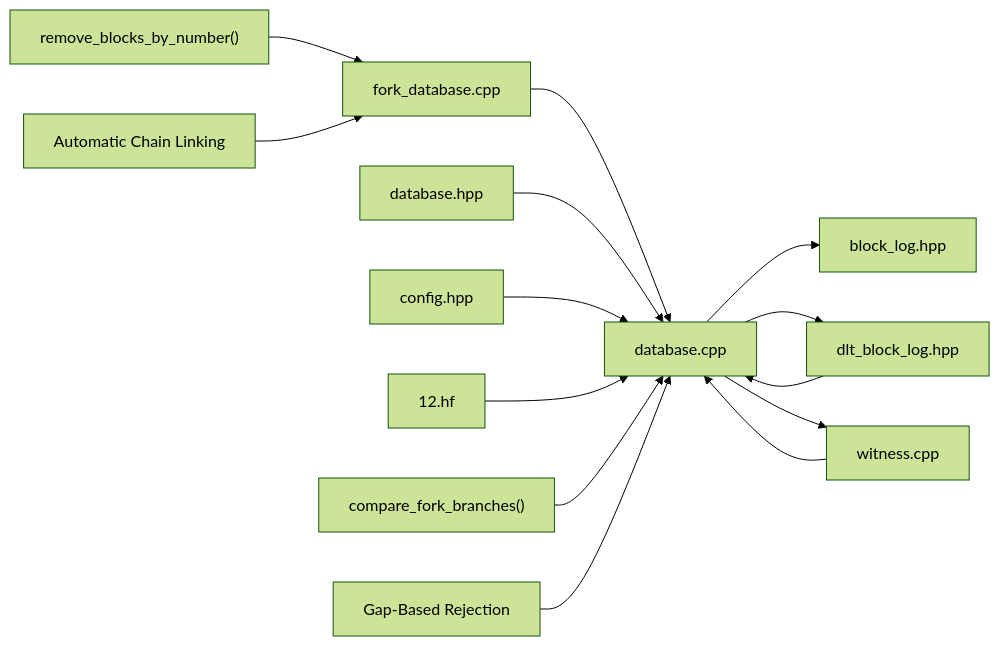
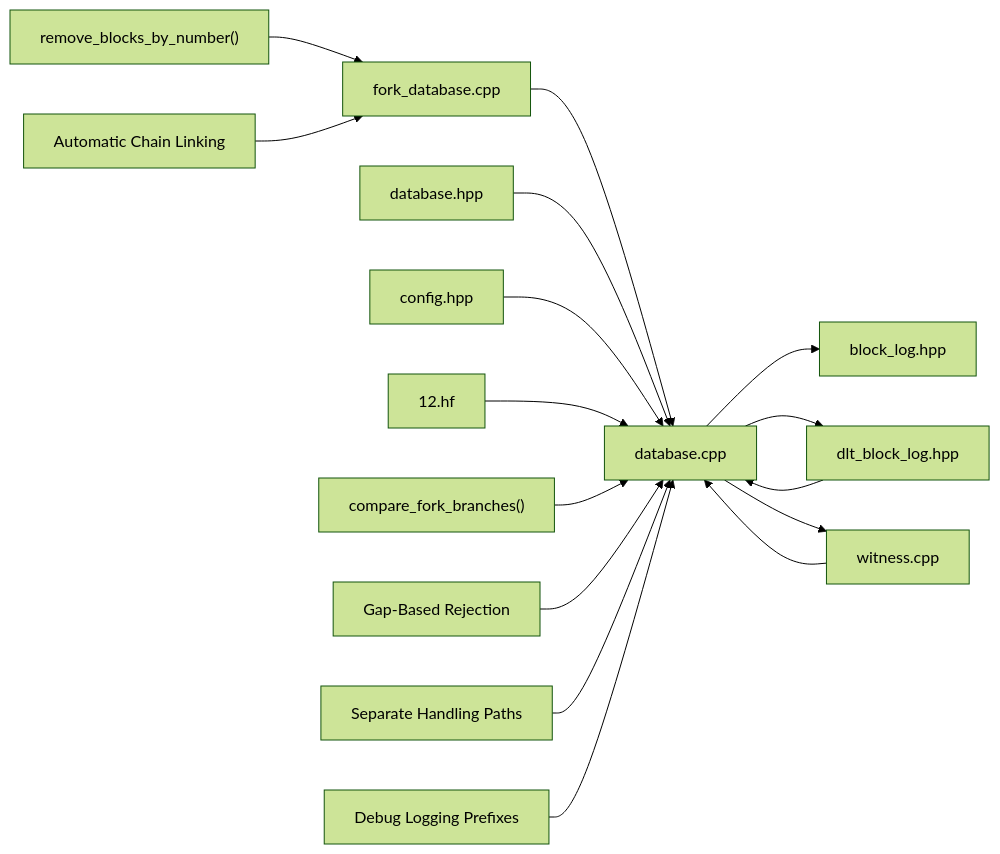
One commit to VIZ-Blockchain/viz-cpp-node changed diagram 17 of 17 in .qoder/repowiki/en/content/Architecture Overview/Core Libraries/Chain Library/Fork Resolution and Consensus.md. Above: the diagram before and after it, drawn with Mermaid (forest theme). The commit also changed other lines of this file and 4 other files, not shown here.

````diff
--- a/.qoder/repowiki/en/content/Architecture Overview/Core Libraries/Chain Library/Fork Resolution and Consensus.md
+++ b/.qoder/repowiki/en/content/Architecture Overview/Core Libraries/Chain Library/Fork Resolution and Consensus.md
@@ -883,16 +952,18 @@
 ```mermaid
 graph LR
 FDB["fork_database.cpp"] --> DBCPP["database.cpp"]
 DBCPP --> BLH["block_log.hpp"]
 DBCPP --> DLTH["dlt_block_log.hpp"]
 DBCPP --> WIT["witness.cpp"]
 DBH["database.hpp"] --> DBCPP
 DLTH --> DBCPP
 WIT --> DBCPP
 CONFIG["config.hpp"] --> DBCPP
 HF12["12.hf"] --> DBCPP
 CMP["compare_fork_branches()"] --> DBCPP
 PRUNE["remove_blocks_by_number()"] --> FDB
 GAP["Gap-Based Rejection"] --> DBCPP
 LINK["Automatic Chain Linking"] --> FDB
+SEPARATE["Separate Handling Paths"] --> DBCPP
+DEBUG["Debug Logging Prefixes"] --> DBCPP
 ```
````
